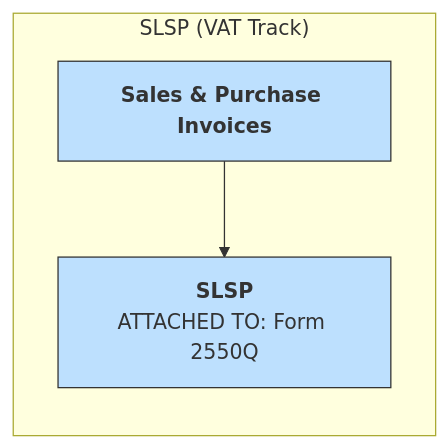
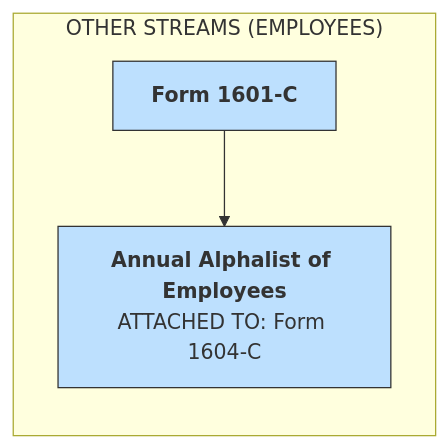
The diagram in workflows/form-1601-C-flow.md (nvsu-dann/bir-compliance-module-diagram), drawn with Mermaid before and after one commit. The commit also changed 1 other file, not shown here.

Commit message:
Refactor form 1601-C flow diagram to represent employee streams

````diff
--- a/workflows/form-1601-C-flow.md
+++ b/workflows/form-1601-C-flow.md
@@ -1,15 +1,15 @@
 ```mermaid
 ---
 config:
   layout: fixed
 ---
 flowchart LR
- subgraph subGraph0["SLSP (VAT Track)"]
-        A["<b>Sales &amp; Purchase Invoices</b>"]
-        B["<b>SLSP</b><br>ATTACHED TO: Form 2550Q"]
+ subgraph subGraph0["OTHER STREAMS (EMPLOYEES)"]
+        B["<b>Form 1601-C</b>"]
+        C["<b>Annual Alphalist of Employees</b><br>ATTACHED TO: Form 1604-C"]
   end
-    A --> B
+    B --> C
 
-    style A fill:#bde0fe,stroke:#333,stroke-width:1px
     style B fill:#bde0fe,stroke:#333,stroke-width:1px
+    style C fill:#bde0fe,stroke:#333,stroke-width:1px
 ```
````
